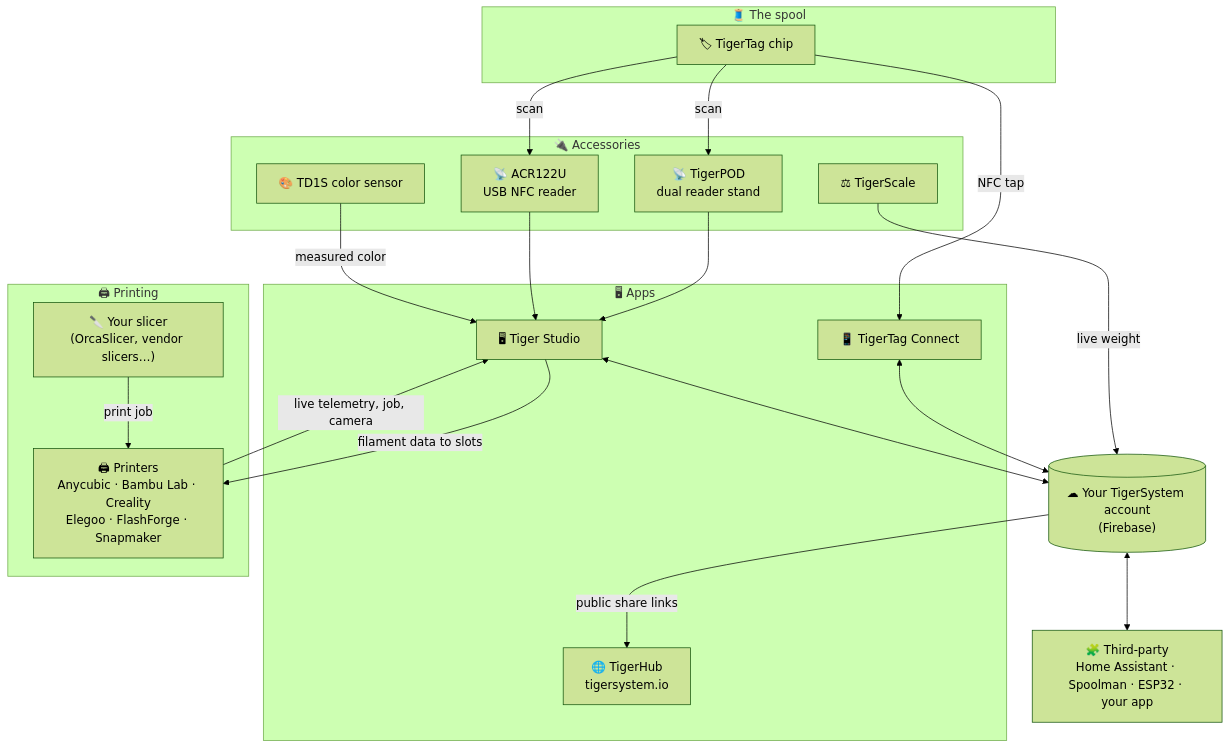
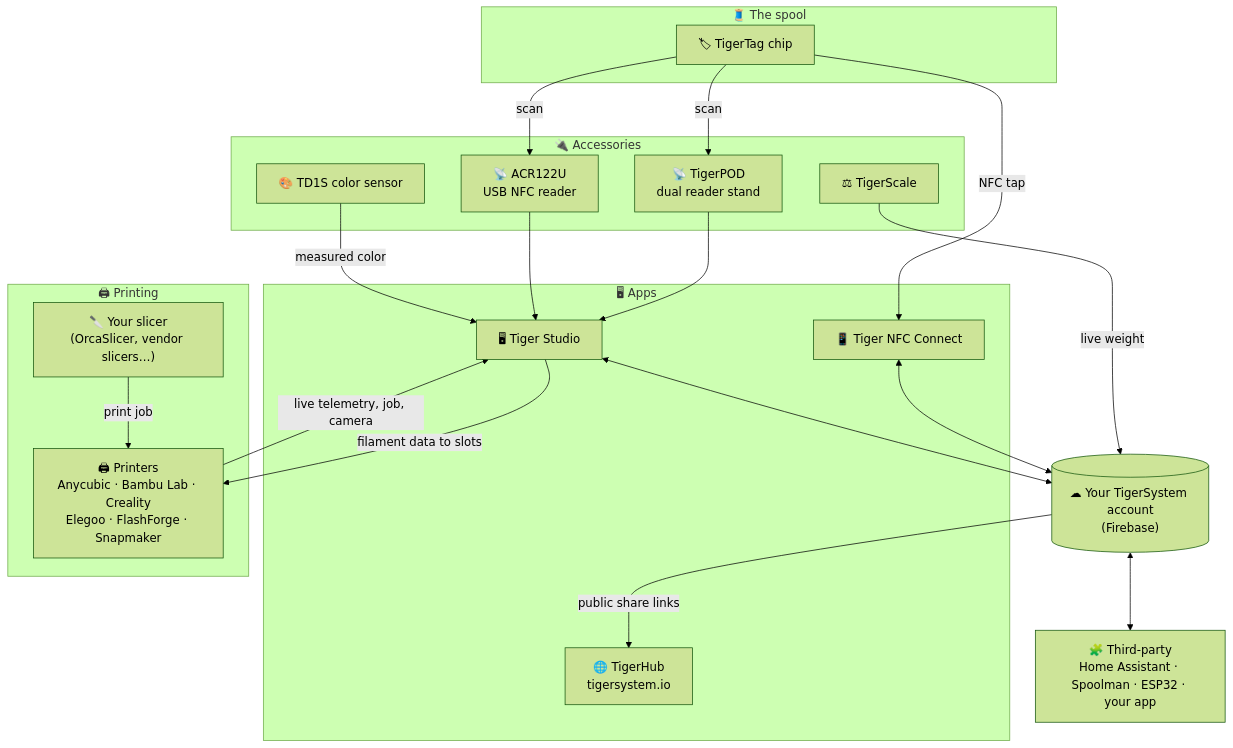
One commit to TigerTag-Project/TigerSystem-Docs changed the second of 2 diagrams in docs/architecture/overview.md. Above: the diagram before and after it, drawn with Mermaid (forest theme). The commit also changed other lines of this file and 18 other files, not shown here.

Commit message:
Adopt the final app name Tiger NFC Connect everywhere, and scope the sandbox claim to the user-facing software: the factory-side chip-programming toolchain is production-grade

````diff
--- a/docs/architecture/overview.md
+++ b/docs/architecture/overview.md
@@ -41,36 +41,36 @@
 ```mermaid
 flowchart TB
     subgraph SP["🧵 The spool"]
         TAG["🏷 TigerTag chip"]
     end
     subgraph ACC["🔌 Accessories"]
         POD["📡 TigerPOD<br/>dual reader stand"]
         ACR["📡 ACR122U<br/>USB NFC reader"]
         SCALE["⚖ TigerScale"]
         TD1S["🎨 TD1S color sensor"]
     end
     subgraph APPS["🖥 Apps"]
-        CO["📱 TigerTag Connect"]
+        CO["📱 Tiger NFC Connect"]
         ST["🖥 Tiger Studio"]
         WEB["🌐 TigerHub<br/>tigersystem.io"]
     end
     CLOUD[("☁ Your TigerSystem account<br/>(Firebase)")]
     subgraph PRT["🖨 Printing"]
         SLICER["🔪 Your slicer<br/>(OrcaSlicer, vendor slicers…)"]
         PRN["🖨 Printers<br/>Anycubic · Bambu Lab · Creality<br/>Elegoo · FlashForge · Snapmaker"]
     end
     THIRD["🧩 Third-party<br/>Home Assistant · Spoolman · ESP32 · your app"]
 
     TAG -- "NFC tap" --> CO
     TAG -- "scan" --> POD --> ST
     TAG -- "scan" --> ACR --> ST
     TD1S -- "measured color" --> ST
     SCALE -- "live weight" --> CLOUD
     CO <--> CLOUD
     ST <--> CLOUD
     CLOUD -- "public share links" --> WEB
     CLOUD <--> THIRD
     ST -- "filament data to slots" --> PRN
     PRN -- "live telemetry, job, camera" --> ST
     SLICER -- "print job" --> PRN
 ```
````
